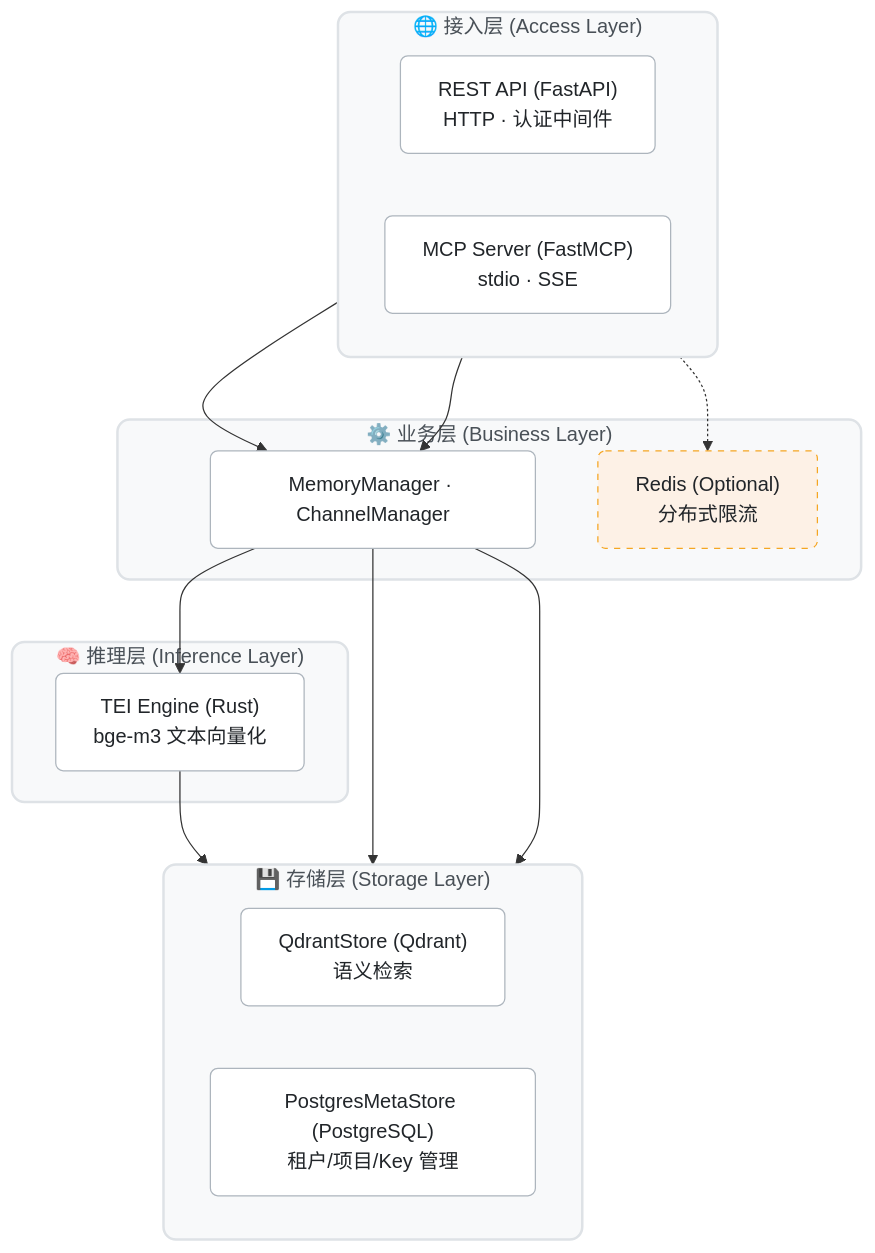
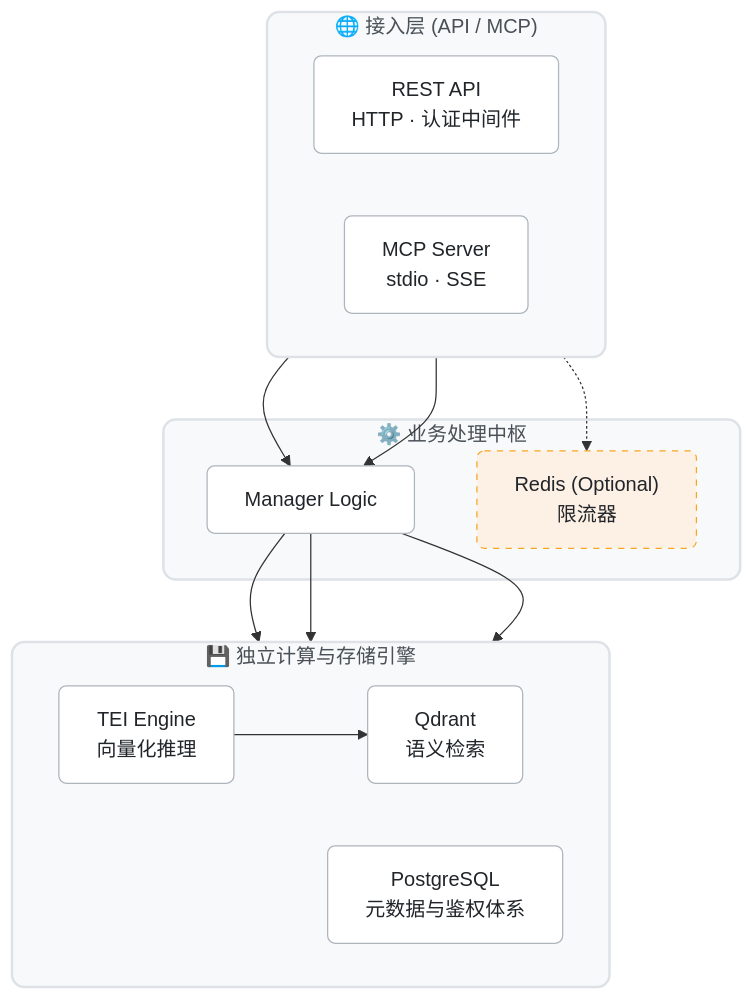
Before and after one commit to wok0088/cortex: the diagram in README.md, drawn with Mermaid. The commit also changed other lines of this file and 5 other files, not shown here.

````diff
--- a/README.md
+++ b/README.md
@@ -256,40 +78,36 @@
 ```mermaid
 flowchart TD
     %% 样式定义
     classDef layer fill:#f8f9fa,stroke:#dee2e6,stroke-width:2px,color:#495057,rx:10px,ry:10px;
     classDef component fill:#ffffff,stroke:#adb5bd,stroke-width:1px,color:#212529,rx:6px,ry:6px;
     classDef optional fill:#fdf1e6,stroke:#f5a623,stroke-width:1px,color:#212529,rx:6px,ry:6px,stroke-dasharray: 5 5;
     
-    subgraph AccessLayer ["🌐 接入层 (Access Layer)"]
+    subgraph AccessLayer ["🌐 接入层 (API / MCP)"]
         direction LR
-        API["REST API (FastAPI)<br/>HTTP · 认证中间件"]:::component
-        MCP["MCP Server (FastMCP)<br/>stdio · SSE"]:::component
+        API["REST API<br/>HTTP · 认证中间件"]:::component
+        MCP["MCP Server<br/>stdio · SSE"]:::component
     end
     AccessLayer:::layer
 
-    subgraph BusinessLayer ["⚙️ 业务层 (Business Layer)"]
-        Manager["MemoryManager · ChannelManager"]:::component
-        Redis["Redis (Optional)<br/>分布式限流"]:::optional
+    subgraph BusinessLayer ["⚙️ 业务处理中枢"]
+        Manager["Manager Logic"]:::component
+        Redis["Redis (Optional)<br/>限流器"]:::optional
     end
     BusinessLayer:::layer
 
-    subgraph ConfigLayer ["🧠 推理层 (Inference Layer)"]
-        TEI["TEI Engine (Rust)<br/>bge-m3 文本向量化"]:::component
-    end
-    ConfigLayer:::layer
-
-    subgraph StorageLayer ["💾 存储层 (Storage Layer)"]
+    subgraph StorageLayer ["💾 独立计算与存储引擎"]
         direction LR
-        Qdrant["QdrantStore (Qdrant)<br/>语义检索"]:::component
-        Postgres["PostgresMetaStore (PostgreSQL)<br/>租户/项目/Key 管理"]:::component
+        TEI["TEI Engine<br/>向量化推理"]:::component
+        Qdrant["Qdrant<br/>语义检索"]:::component
+        Postgres["PostgreSQL<br/>元数据与鉴权体系"]:::component
     end
     StorageLayer:::layer
 
     API --> Manager
     API -.-> Redis
     MCP --> Manager
     Manager --> TEI
     TEI --> Qdrant
     Manager --> Qdrant
     Manager --> Postgres
 ```
````
